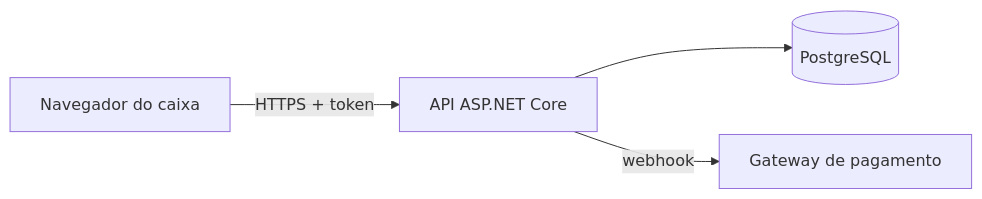
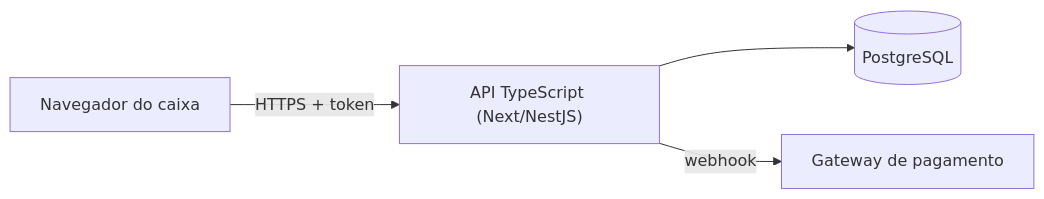
One commit to AlanMateus17/Portfolio-AMS-Obsidian-Vault changed the diagram in 11-setup-dev-setup/infra/templates/seguranca/modelagem-ameacas.md. Above: the diagram before and after it, drawn with Mermaid. The commit also changed other lines of this file and 126 other files, not shown here.

````diff
--- a/11-setup-dev-setup/infra/templates/seguranca/modelagem-ameacas.md
+++ b/11-setup-dev-setup/infra/templates/seguranca/modelagem-ameacas.md
@@ -22,6 +22,6 @@
 ```mermaid
 flowchart LR
-  U["Navegador do caixa"] -->|HTTPS + token| API["API ASP.NET Core"]
+  U["Navegador do caixa"] -->|HTTPS + token| API["API TypeScript (Next/NestJS)"]
   API --> DB[("PostgreSQL")]
   API -->|webhook| GW["Gateway de pagamento"]
 ```
````
